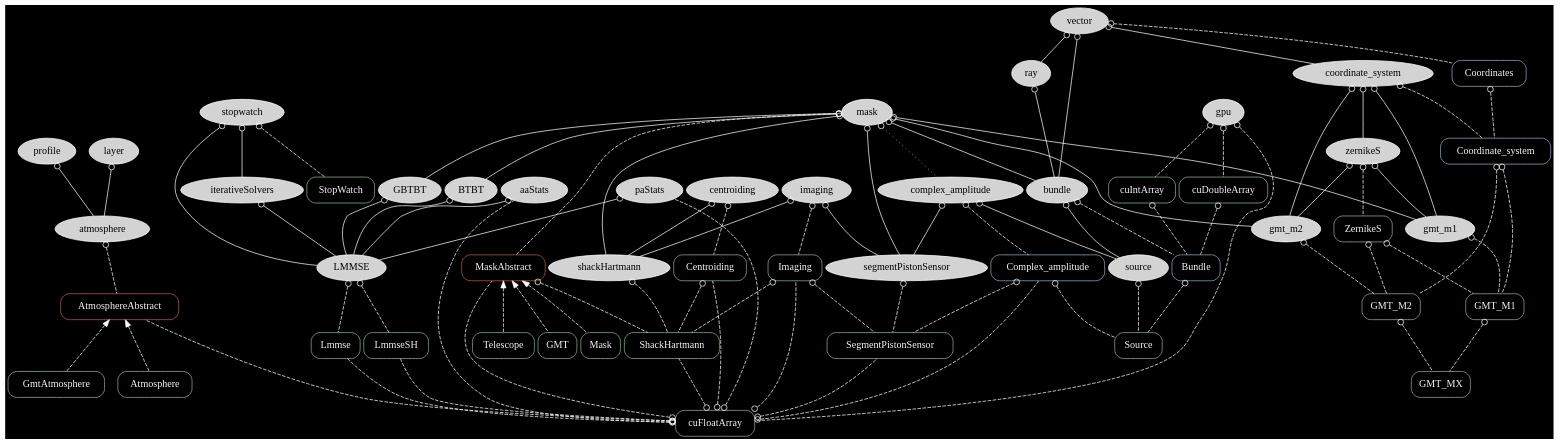
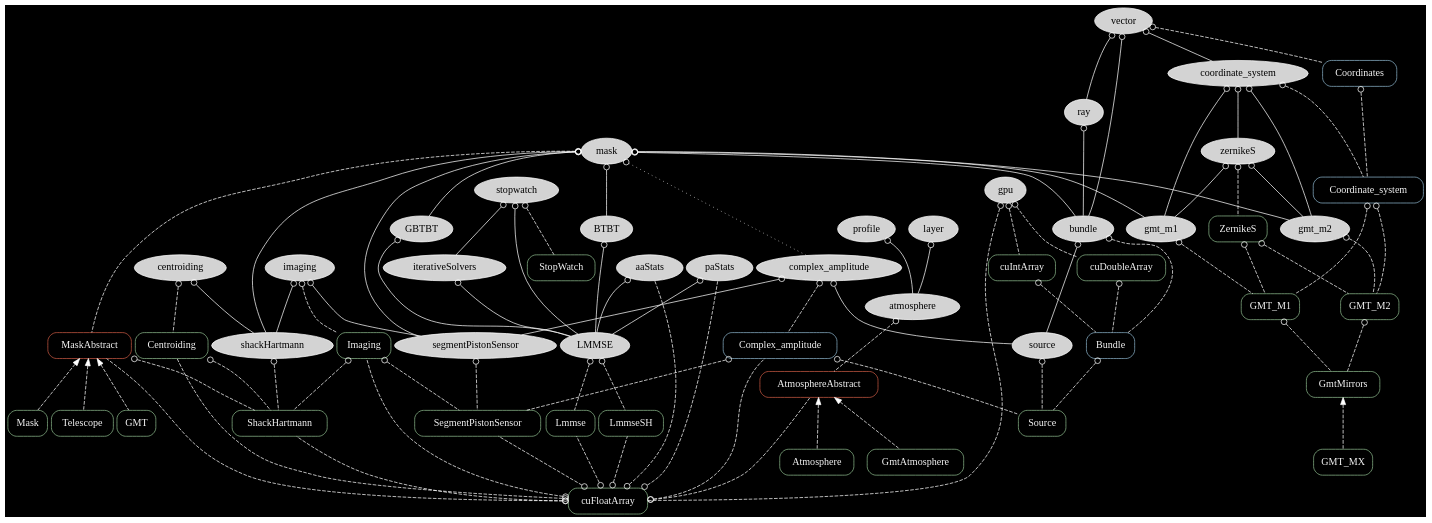
The diagram in graph/ceo.dot (rconan/CEO), drawn with Graphviz before and after one commit. The commit also changed 13 other files, not shown here.

```diff
--- a/graph/ceo.dot
+++ b/graph/ceo.dot
@@ -1,134 +1,136 @@
 digraph {
 overlap=false
 splines=true
 bgcolor = black
 node[style=filled,fillcolor=lightgray,color=white];
 edge[arrowtail=odot,dir=back,color=white];
 
 mask -> shackHartmann;
 imaging -> shackHartmann;
 centroiding -> shackHartmann;
 bundle -> source;
 
 coordinate_system -> zernikeS;
 coordinate_system -> gmt_m1;
 coordinate_system -> gmt_m2
 
 mask -> gmt_m1;
 mask -> gmt_m2;
 
 zernikeS -> gmt_m1;
 zernikeS -> gmt_m2;
 
 vector -> coordinate_system;
 vector -> bundle;
 
 mask -> bundle;
 ray -> bundle;
 vector -> ray;
 complex_amplitude -> source;
 
 layer -> atmosphere;
 profile -> atmosphere;
 
 mask -> BTBT;
 mask -> GBTBT;
 aaStats -> LMMSE;
 paStats -> LMMSE;
 BTBT -> LMMSE;
 GBTBT -> LMMSE;
 iterativeSolvers -> LMMSE;
 stopwatch -> LMMSE;
 stopwatch -> iterativeSolvers;
 
 gpu;
 
 complex_amplitude -> segmentPistonSensor;
 mask -> segmentPistonSensor;
 imaging -> segmentPistonSensor;
 
 edge[style=dotted,color=white]
 mask -> complex_amplitude;
 
 node[color=darkseagreen,style=rounded,shape=box,fontcolor=whitesmoke];
 edge[style=dashed,color=white]
 
 centroiding -> Centroiding;
 imaging -> Imaging;
 cuFloatArray -> Imaging;
 cuFloatArray -> Centroiding;
 
 source -> Source;
 Complex_amplitude[color=lightskyblue3];
 complex_amplitude -> Complex_amplitude;
 cuFloatArray -> Complex_amplitude;
 Bundle[color=lightskyblue3];
 bundle -> Bundle;
 cuDoubleArray -> Bundle;
 cuIntArray -> Bundle;
 Complex_amplitude -> Source[label="wavefront"];
 Bundle -> Source[label="rays"];
 
 shackHartmann -> ShackHartmann;
 MaskAbstract -> ShackHartmann;
 cuFloatArray -> ShackHartmann
 Imaging -> ShackHartmann;
 Centroiding -> ShackHartmann;
 
 segmentPistonSensor -> SegmentPistonSensor;
 cuFloatArray -> SegmentPistonSensor;
 
 gmt_m1 -> GMT_M1;
 gmt_m2 -> GMT_M2;
 ZernikeS;
 zernikeS -> ZernikeS;
 ZernikeS -> GMT_M1;
 ZernikeS -> GMT_M2;
-GMT_M1 -> GMT_MX[label="M1"];
-GMT_M2 -> GMT_MX[label="M2"];
+GMT_M1 -> GmtMirrors[label="M1"];
+GMT_M2 -> GmtMirrors[label="M2"];
 Coordinate_system[color=lightskyblue3];
 coordinate_system -> Coordinate_system;
 Coordinate_system -> GMT_M1;
 Coordinate_system -> GMT_M2;
 Coordinates[color=lightskyblue3];
 Coordinates -> Coordinate_system;
 vector -> Coordinates;
 
 AtmosphereAbstract[color=coral3];
 atmosphere -> AtmosphereAbstract;
 
 MaskAbstract[color=coral3]
 mask -> MaskAbstract;
 cuFloatArray -> MaskAbstract;
 Complex_amplitude -> SegmentPistonSensor;
 Imaging -> SegmentPistonSensor;
 
 stopwatch -> StopWatch;
 
 gpu -> cuFloatArray;
 gpu -> cuIntArray;
 gpu -> cuDoubleArray;
 LMMSE -> Lmmse;
 LMMSE -> LmmseSH;
 cuFloatArray -> Lmmse;
 cuFloatArray -> LmmseSH;
 cuFloatArray -> AtmosphereAbstract;
 cuFloatArray -> aaStats
 cuFloatArray -> paStats
 
 edge[dir=back,arrowtail=normal];
 
 AtmosphereAbstract -> Atmosphere;
 AtmosphereAbstract -> GmtAtmosphere;
 
 MaskAbstract -> Mask;
 MaskAbstract -> Telescope;
 MaskAbstract -> GMT;
 
+GmtMirrors -> GMT_MX;
+
 #{rank = source; mask;}
 #{rank = same; gpu; vector; MaskAbstract;}
 #{rank = same; Source; ShackHartmann}
 #{rank=same; stopwatch; StopWatch;}
 {rank = sink; cuFloatArray;}
 #{rank = same; cuFloatArray; MaskAbstract;}
 }
```
